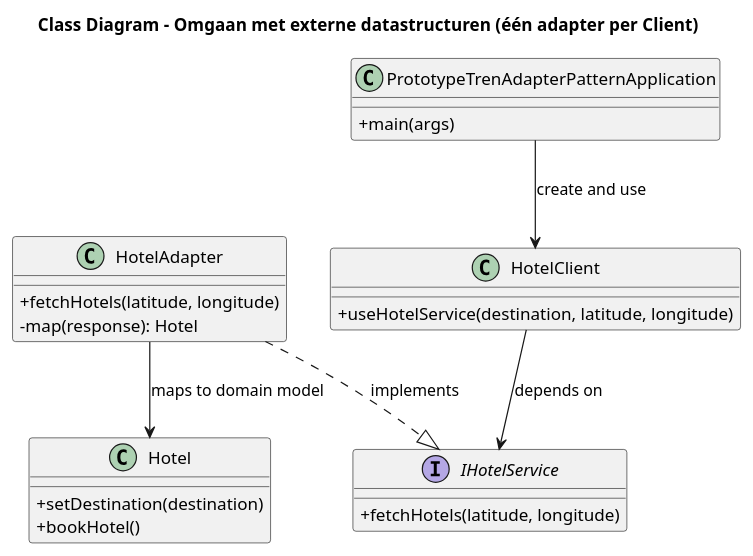
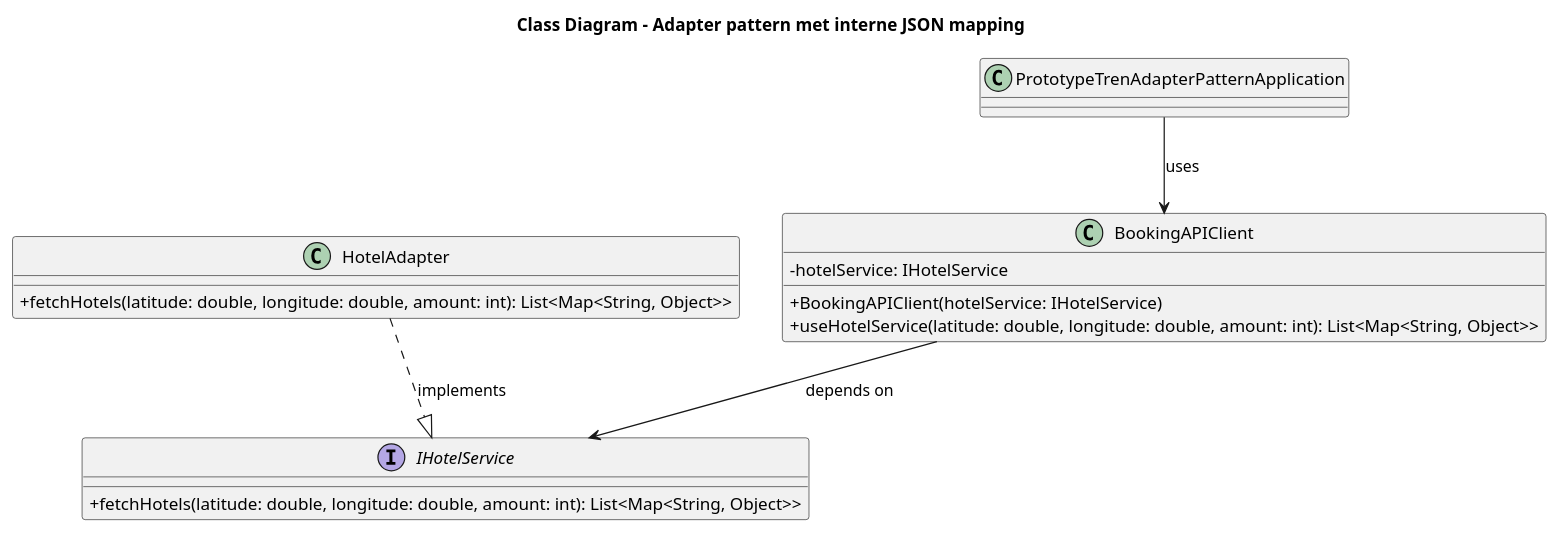
Before and after one commit to AIM-ENE-feb25/triptop-groep-3: the diagram in opdracht-diagrammen/Ontwerpvraag/C4 OntwerpVraag Tren/C4ClassOntwerpVraagTren.puml, drawn with PlantUML. The commit also changed 5 other files, not shown here.

```diff
--- a/opdracht-diagrammen/Ontwerpvraag/C4 OntwerpVraag Tren/C4ClassOntwerpVraagTren.puml
+++ b/opdracht-diagrammen/Ontwerpvraag/C4 OntwerpVraag Tren/C4ClassOntwerpVraagTren.puml
@@ -1,32 +1,23 @@
 @startuml
 skinparam classAttributeIconSize 0
-title Class Diagram – Omgaan met externe datastructuren (één adapter per Client)
+title Class Diagram – Adapter pattern met interne JSON mapping
 
-class HotelClient {
-    +useHotelService(destination, latitude, longitude)
+
+class BookingAPIClient {
+    -hotelService: IHotelService
+    +BookingAPIClient(hotelService: IHotelService)
+    +useHotelService(latitude: double, longitude: double, amount: int): List<Map<String, Object>>
+}
+
+interface IHotelService {
+    +fetchHotels(latitude: double, longitude: double, amount: int): List<Map<String, Object>>
 }
 
 class HotelAdapter {
-    +fetchHotels(latitude, longitude)
-    -map(response): Hotel
+    +fetchHotels(latitude: double, longitude: double, amount: int): List<Map<String, Object>>
 }
 
-class Hotel {
-    +setDestination(destination)
-    +bookHotel()
-}
-
-interface IHotelService {
-    +fetchHotels(latitude, longitude)
-}
-
-class PrototypeTrenAdapterPatternApplication {
-    +main(args)
-}
-
-' Relaties
-PrototypeTrenAdapterPatternApplication --> HotelClient : create and use
-HotelClient --> IHotelService : depends on
+BookingAPIClient --> IHotelService : depends on
 HotelAdapter ..|> IHotelService : implements
-HotelAdapter --> Hotel : maps to domain model
+PrototypeTrenAdapterPatternApplication --> BookingAPIClient : uses
 @enduml
```
